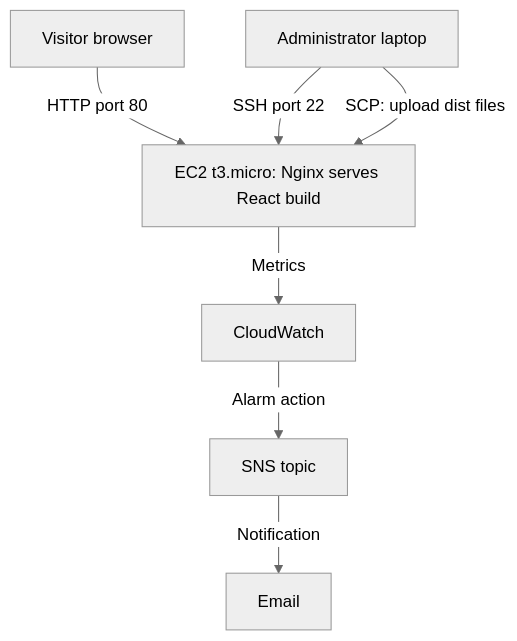
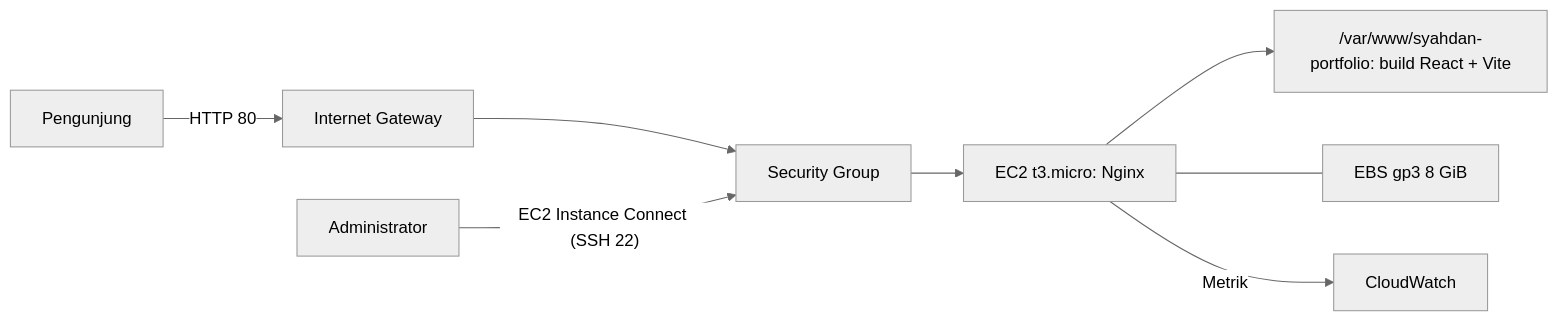
The diagram in README.md (Syahdan24-Danz/syahdanf), drawn with Mermaid (neutral theme) before and after one commit. The commit also changed other lines of this file and 36 other files, not shown here.

````diff
--- a/README.md
+++ b/README.md
@@ -31,9 +28,10 @@
 ```mermaid
-flowchart TD
-    V["Visitor browser"] -->|HTTP port 80| E["EC2 t3.micro: Nginx serves React build"]
-    A["Administrator laptop"] -->|SSH port 22| E
-    A -->|SCP: upload dist files| E
-    E -->|Metrics| C["CloudWatch"]
-    C -->|Alarm action| S["SNS topic"]
-    S -->|Notification| M["Email"]
+flowchart LR
+    V["Pengunjung"] -->|HTTP 80| IGW["Internet Gateway"]
+    IGW --> SG["Security Group"]
+    SG --> EC2["EC2 t3.micro: Nginx"]
+    EC2 --> WEB["/var/www/syahdan-portfolio: build React + Vite"]
+    EC2 --- EBS["EBS gp3 8 GiB"]
+    A["Administrator"] -->|"EC2 Instance Connect (SSH 22)"| SG
+    EC2 -->|Metrik| CW["CloudWatch"]
 ```
````
